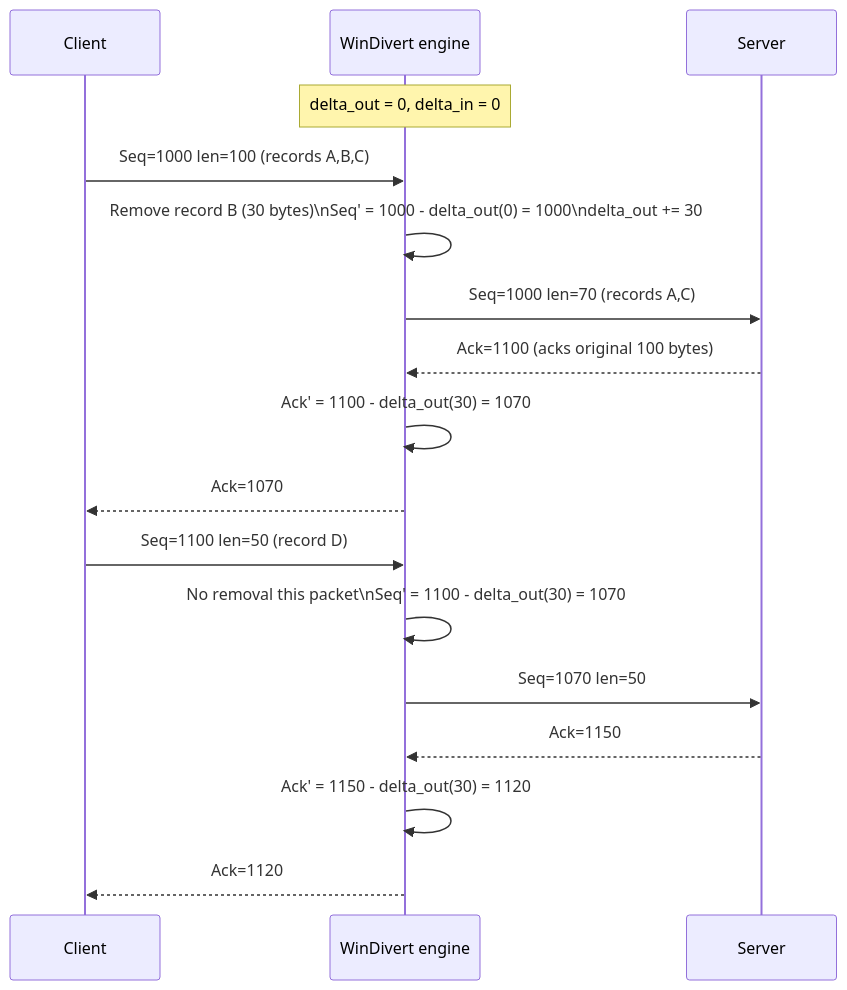
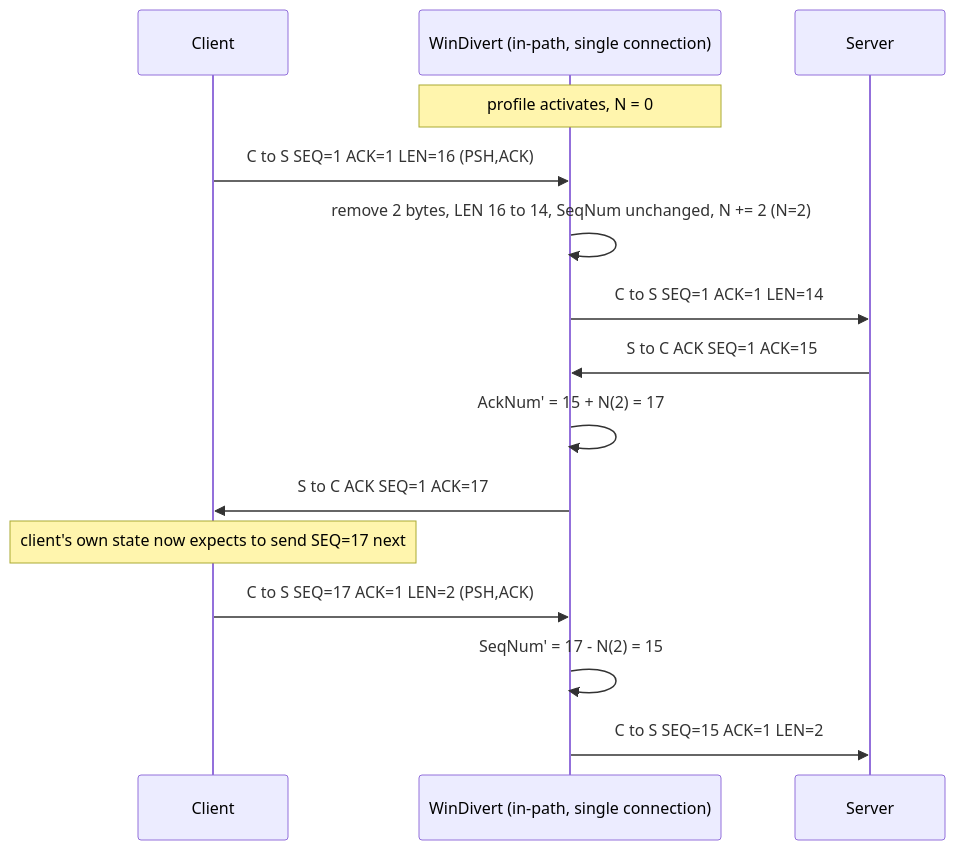
The third of 6 diagrams in pocs/tls_segment_removal.md (nikita-petko/sw), drawn with Mermaid before and after one commit. The commit also changed other lines of this file, not shown here.

Commit message:
feat: Update TLS segment removal documentation with profile-scoped SEQ/ACK correction details

````diff
--- a/pocs/tls_segment_removal.md
+++ b/pocs/tls_segment_removal.md
@@ -158,21 +158,21 @@
 ```mermaid
 sequenceDiagram
     participant Client
-    participant Engine as WinDivert engine
+    participant Engine as WinDivert (in-path, single connection)
     participant Server
 
-    Note over Engine: delta_out = 0, delta_in = 0
-    Client->>Engine: Seq=1000 len=100 (records A,B,C)
-    Engine->>Engine: Remove record B (30 bytes)\nSeq' = 1000 - delta_out(0) = 1000\ndelta_out += 30
-    Engine->>Server: Seq=1000 len=70 (records A,C)
-    Server-->>Engine: Ack=1100 (acks original 100 bytes)
-    Engine->>Engine: Ack' = 1100 - delta_out(30) = 1070
-    Engine-->>Client: Ack=1070
+    Note over Engine: profile activates, N = 0
 
-    Client->>Engine: Seq=1100 len=50 (record D)
-    Engine->>Engine: No removal this packet\nSeq' = 1100 - delta_out(30) = 1070
-    Engine->>Server: Seq=1070 len=50
-    Server-->>Engine: Ack=1150
-    Engine->>Engine: Ack' = 1150 - delta_out(30) = 1120
-    Engine-->>Client: Ack=1120
+    Client->>Engine: C to S SEQ=1 ACK=1 LEN=16 (PSH,ACK)
+    Engine->>Engine: remove 2 bytes, LEN 16 to 14, SeqNum unchanged, N += 2 (N=2)
+    Engine->>Server: C to S SEQ=1 ACK=1 LEN=14
+
+    Server->>Engine: S to C ACK SEQ=1 ACK=15
+    Engine->>Engine: AckNum' = 15 + N(2) = 17
+    Engine->>Client: S to C ACK SEQ=1 ACK=17
+
+    Note over Client: client's own state now expects to send SEQ=17 next
+    Client->>Engine: C to S SEQ=17 ACK=1 LEN=2 (PSH,ACK)
+    Engine->>Engine: SeqNum' = 17 - N(2) = 15
+    Engine->>Server: C to S SEQ=15 ACK=1 LEN=2
 ```
````
